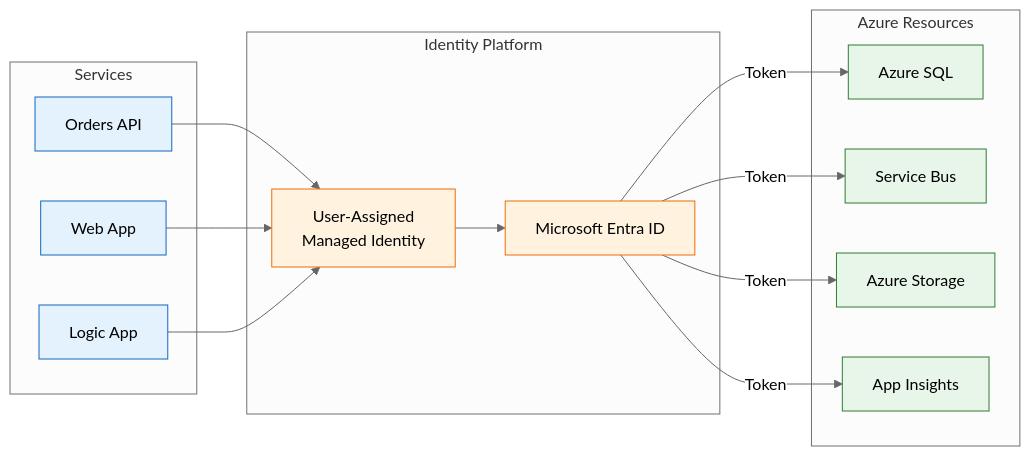
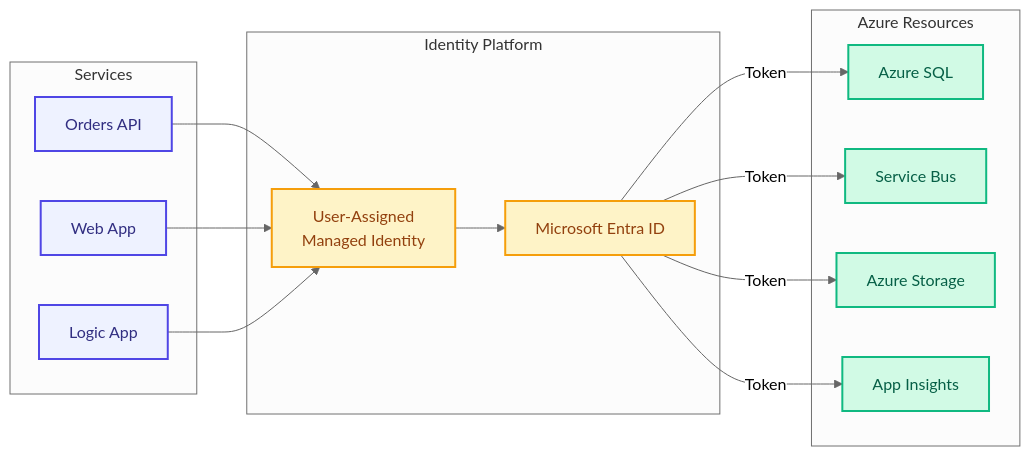
The first of 4 diagrams in docs/architecture/06-security-architecture.md (Evilazaro/Azure-LogicApps-Monitoring), drawn with Mermaid (neutral theme) before and after one commit. The commit also changed other lines of this file and 1 other file, not shown here.

Commit message:
feat(docs): Update security and deployment architecture diagrams with modern color palette and detailed annotations

````diff
--- a/docs/architecture/06-security-architecture.md
+++ b/docs/architecture/06-security-architecture.md
@@ -49,37 +49,40 @@
 ```mermaid
 flowchart LR
+    %% Authentication Flow - Services to Azure Resources via Managed Identity
     subgraph Services["Services"]
         API["Orders API"]
         WebApp["Web App"]
         LogicApp["Logic App"]
     end
 
     subgraph Identity["Identity Platform"]
         MI["User-Assigned<br/>Managed Identity"]
         EntraID["Microsoft Entra ID"]
     end
 
     subgraph Resources["Azure Resources"]
         SQL["Azure SQL"]
         SB["Service Bus"]
         Storage["Azure Storage"]
         AI["App Insights"]
     end
 
+    %% Authentication flow
     API --> MI
     WebApp --> MI
     LogicApp --> MI
     MI --> EntraID
     EntraID -->|"Token"| SQL
     EntraID -->|"Token"| SB
     EntraID -->|"Token"| Storage
     EntraID -->|"Token"| AI
 
-    classDef service fill:#e3f2fd,stroke:#1565c0
-    classDef identity fill:#fff3e0,stroke:#ef6c00
-    classDef resource fill:#e8f5e9,stroke:#2e7d32
+    %% Modern color palette - WCAG AA compliant
+    classDef service fill:#EEF2FF,stroke:#4F46E5,stroke-width:2px,color:#312E81
+    classDef identity fill:#FEF3C7,stroke:#F59E0B,stroke-width:2px,color:#92400E
+    classDef resource fill:#D1FAE5,stroke:#10B981,stroke-width:2px,color:#065F46
 
     class API,WebApp,LogicApp service
     class MI,EntraID identity
     class SQL,SB,Storage,AI resource
 ```
````
